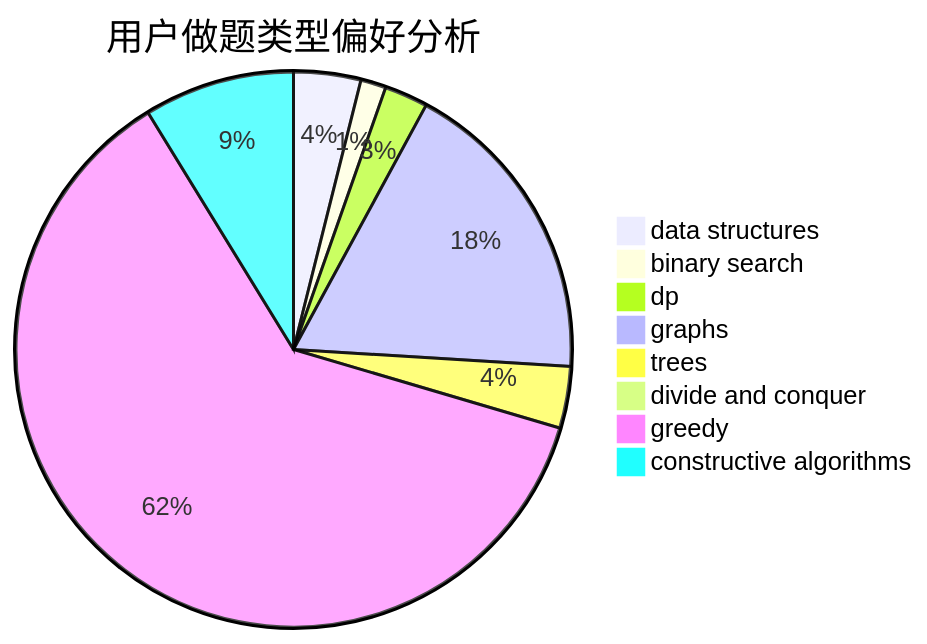
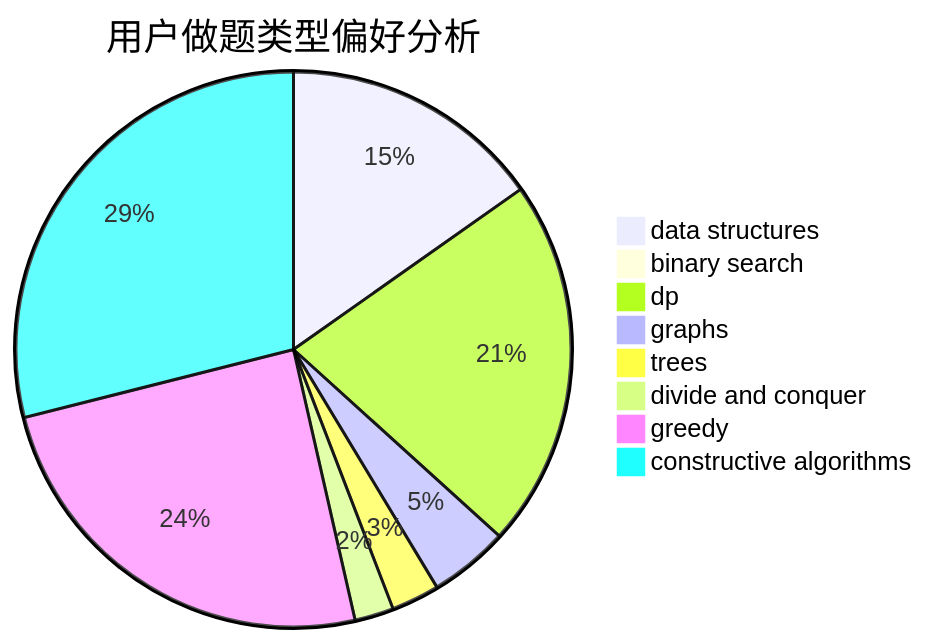
One commit to sherpahu/cfrs.github.io changed the second of 3 diagrams in docs/user/u553.md. Above: the diagram before and after it, drawn with Mermaid. The commit also changed other lines of this file and 2770 other files, not shown here.

````diff
--- a/docs/user/u553.md
+++ b/docs/user/u553.md
@@ -23,11 +23,11 @@
 ```mermaid
 pie title 用户做题类型偏好分析
-    "data structures" :  37
-    "binary search" :  14
-    "dp" :  24
-    "graphs" :  171
-    "trees" :  34
-    "divide and conquer" :  0
-    "greedy" :  584
-    "constructive algorithms" :  83
+    "data structures" :  141
+    "binary search" :  5
+    "dp" :  199
+    "graphs" :  43
+    "trees" :  26
+    "divide and conquer" :  21
+    "greedy" :  228
+    "constructive algorithms" :  268
 ```
````
